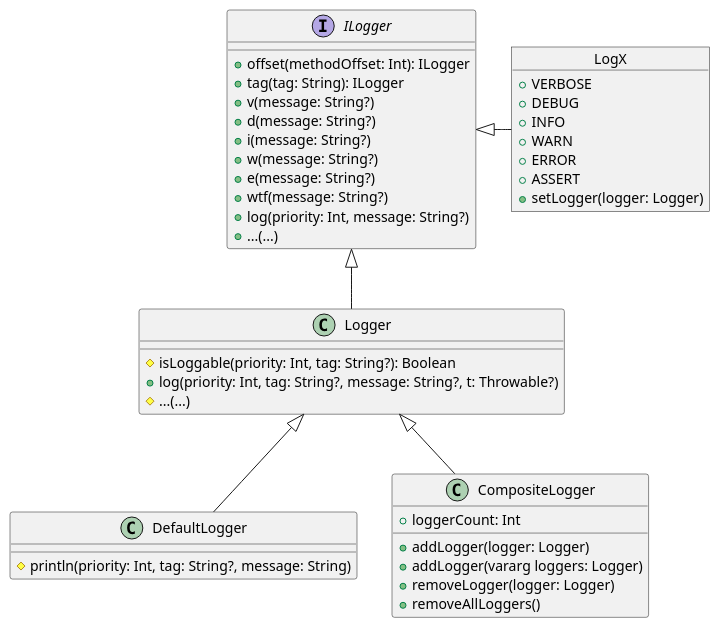
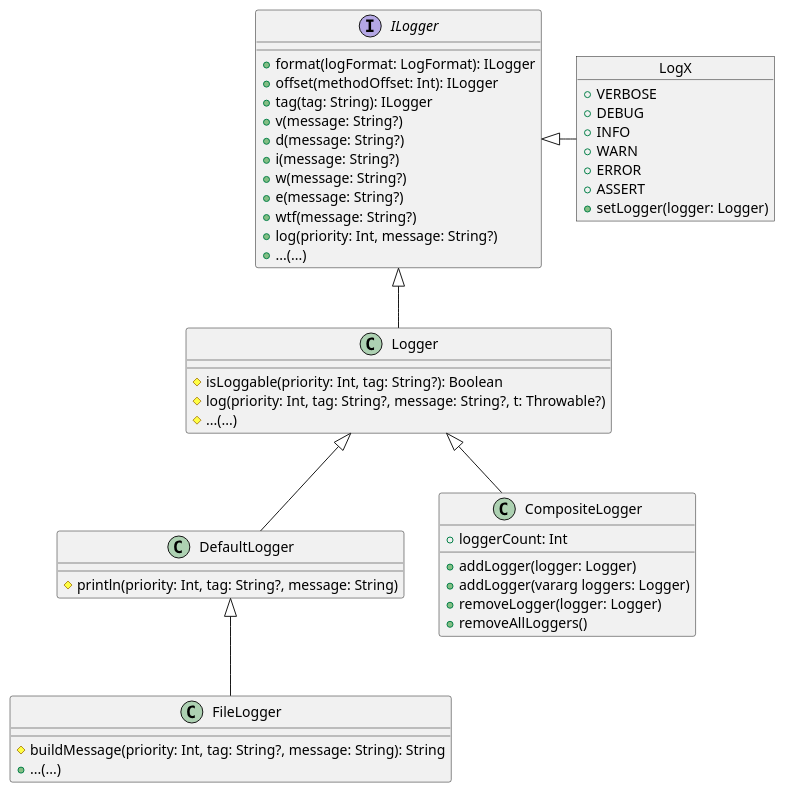
The diagram in art/uml/logx.plantuml (jenly1314/LogX), drawn with PlantUML before and after one commit. The commit also changed 24 other files, not shown here.

```diff
--- a/art/uml/logx.plantuml
+++ b/art/uml/logx.plantuml
@@ -1,53 +1,61 @@
 @startuml
 
 interface ILogger {
+    +format(logFormat: LogFormat): ILogger
     +offset(methodOffset: Int): ILogger
     +tag(tag: String): ILogger
     +v(message: String?)
     +d(message: String?)
     +i(message: String?)
     +w(message: String?)
     +e(message: String?)
     +wtf(message: String?)
     +log(priority: Int, message: String?)
     +...(...)
 }
 
 class Logger {
     #isLoggable(priority: Int, tag: String?): Boolean
-    +log(priority: Int, tag: String?, message: String?, t: Throwable?)
+    #log(priority: Int, tag: String?, message: String?, t: Throwable?)
     #...(...)
 }
 
 class DefaultLogger {
     #println(priority: Int, tag: String?, message: String)
+}
+
+class FileLogger {
+    #buildMessage(priority: Int, tag: String?, message: String): String
+    +...(...)
 }
 
 class CompositeLogger {
     +loggerCount: Int
 
     +addLogger(logger: Logger)
     +addLogger(vararg loggers: Logger)
     +removeLogger(logger: Logger)
     +removeAllLoggers()
 }
 
 object LogX {
     +VERBOSE
     +DEBUG
     +INFO
     +WARN
     +ERROR
     +ASSERT
     +setLogger(logger: Logger)
 }
 
 ILogger <|-- Logger
 
 Logger <|-- CompositeLogger
 
 Logger <|-- DefaultLogger
 
+DefaultLogger <|-- FileLogger
+
 ILogger <|- LogX
 
 @enduml
```
